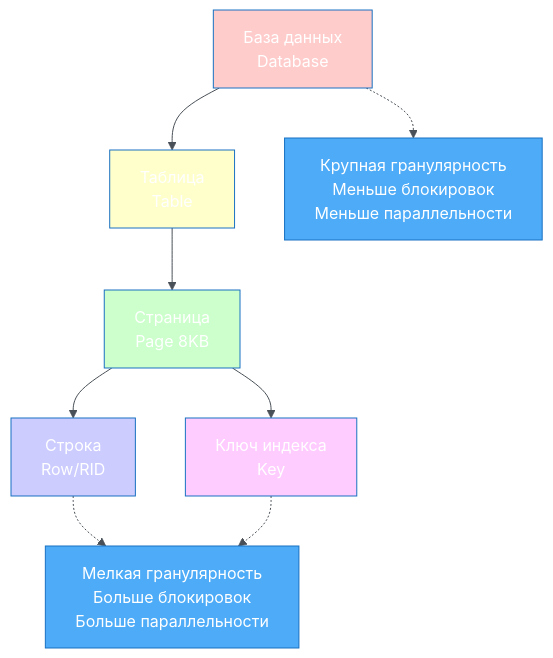
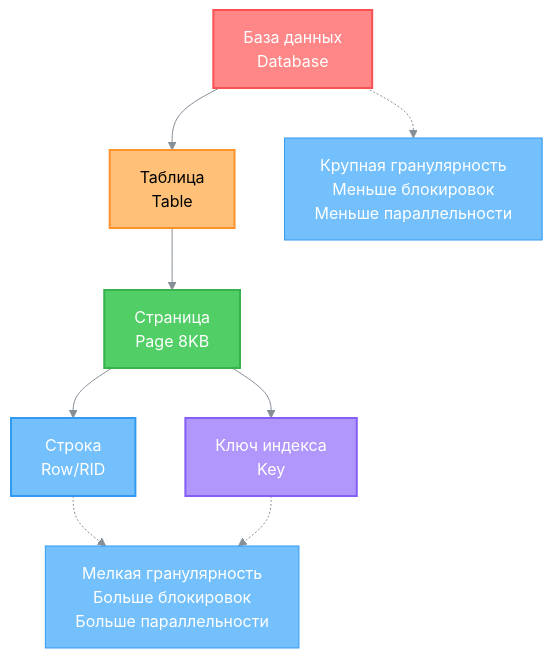
Diagram 11 of 23 in db_exam.md (alx314vo/db_exam), drawn with Mermaid before and after one commit. The commit also changed other lines of this file, not shown here.

````diff
--- a/db_exam.md
+++ b/db_exam.md
@@ -572,21 +572,21 @@
 ```mermaid
-%%{init: {'theme':'base', 'themeVariables': {'primaryColor':'#4dabf7','primaryTextColor':'#fff','primaryBorderColor':'#1971c2','lineColor':'#495057','secondaryColor':'#51cf66','tertiaryColor':'#ffd43b'}}}%%
+%%{init: {'theme':'base', 'themeVariables': {'primaryColor':'#74c0fc','primaryTextColor':'#fff','primaryBorderColor':'#339af0','lineColor':'#868e96','secondaryColor':'#868e96','tertiaryColor':'#ffc078','background':'#ffffff','textColor':'#212529'}}}%%
 graph TD
     A[База данных<br/>Database] --> B[Таблица<br/>Table]
     B --> C[Страница<br/>Page 8KB]
     C --> D[Строка<br/>Row/RID]
     C --> E[Ключ индекса<br/>Key]
     
-    style A fill:#ffcccc
-    style B fill:#ffffcc
-    style C fill:#ccffcc
-    style D fill:#ccccff
-    style E fill:#ffccff
+    style A fill:#ff8787,stroke:#fa5252,stroke-width:2px,color:#fff
+    style B fill:#ffc078,stroke:#ff922b,stroke-width:2px,color:#000
+    style C fill:#51cf66,stroke:#37b24d,stroke-width:2px,color:#fff
+    style D fill:#74c0fc,stroke:#339af0,stroke-width:2px,color:#fff
+    style E fill:#b197fc,stroke:#845ef7,stroke-width:2px,color:#fff
     
     note1[Крупная гранулярность<br/>Меньше блокировок<br/>Меньше параллельности]
     note2[Мелкая гранулярность<br/>Больше блокировок<br/>Больше параллельности]
     
     A -.-> note1
     D -.-> note2
     E -.-> note2
 ```
````
